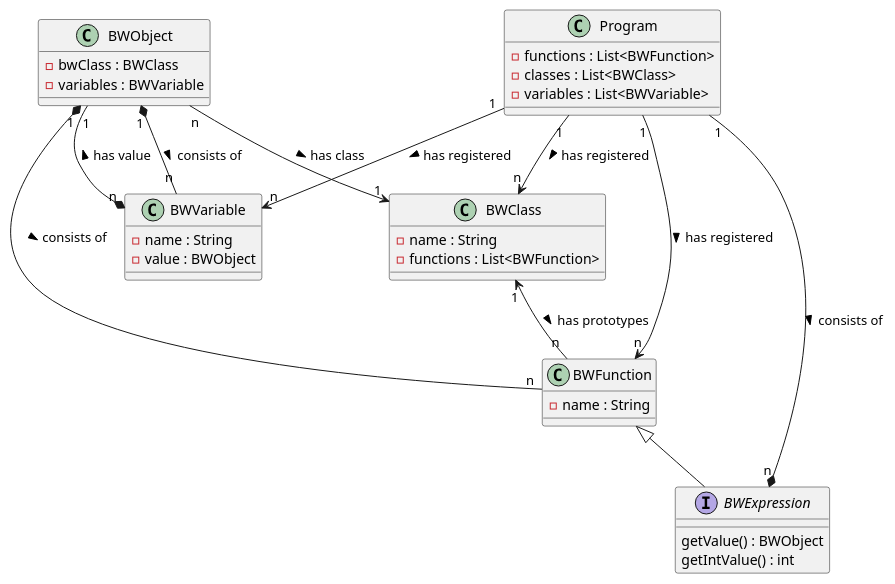
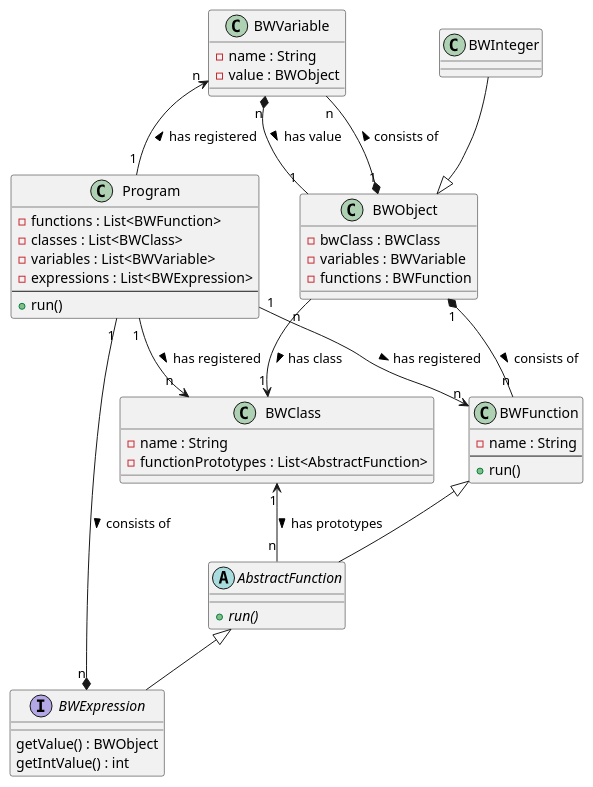
Before and after one commit to Dedda/bratwurst: the diagram in doc/uml/program-structure.puml, drawn with PlantUML. The commit also changed 22 other files, not shown here.

```diff
--- a/doc/uml/program-structure.puml
+++ b/doc/uml/program-structure.puml
@@ -1,46 +1,61 @@
 @startuml
 
 interface BWExpression {
     getValue() : BWObject
     getIntValue() : int
 }
 
 class BWVariable {
     - name : String
     - value : BWObject
 }
 
 class BWObject {
     - bwClass : BWClass
     - variables : BWVariable
+    - functions : BWFunction
 }
+
+class BWInteger
 
 class BWClass {
     - name : String
-    - functions : List<BWFunction>
+    - functionPrototypes : List<AbstractFunction>
+}
+
+abstract class AbstractFunction {
+    + {abstract} run()
 }
 
 class BWFunction {
     - name : String
+    --
+    + run()
 }
 
 class Program {
     - functions : List<BWFunction>
     - classes : List<BWClass>
     - variables : List<BWVariable>
+    - expressions : List<BWExpression>
+    --
+    + run()
 }
 
 
 BWObject "n" --> "1" BWClass : has class >
 BWObject "1" *-- "n" BWVariable : > consists of
 BWObject "1" *-- "n" BWFunction : > consists of
 BWVariable "n" *-- "1" BWObject : > has value
-BWClass "1" <-- "n" BWFunction : > has prototypes
+BWClass "1" <-- "n" AbstractFunction : > has prototypes
 Program "1" --> "n" BWClass : > has registered
 Program "1" --> "n" BWFunction : > has registered
-Program "1" --> "n" BWVariable : > has registered
+Program "1" -left-> "n" BWVariable : > has registered
+BWInteger --|> BWObject
 
-BWFunction <|-- BWExpression
+
+AbstractFunction <|-- BWExpression
+BWFunction <|-- AbstractFunction
 Program "1" --* "n" BWExpression : > consists of
 
 @enduml
```
